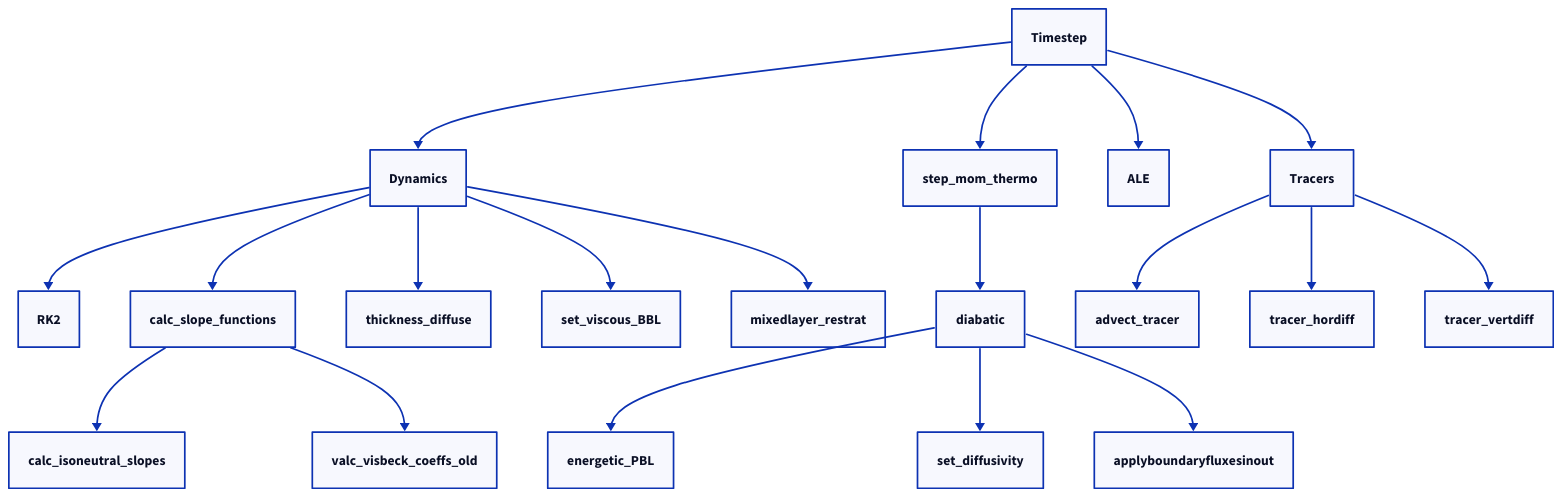
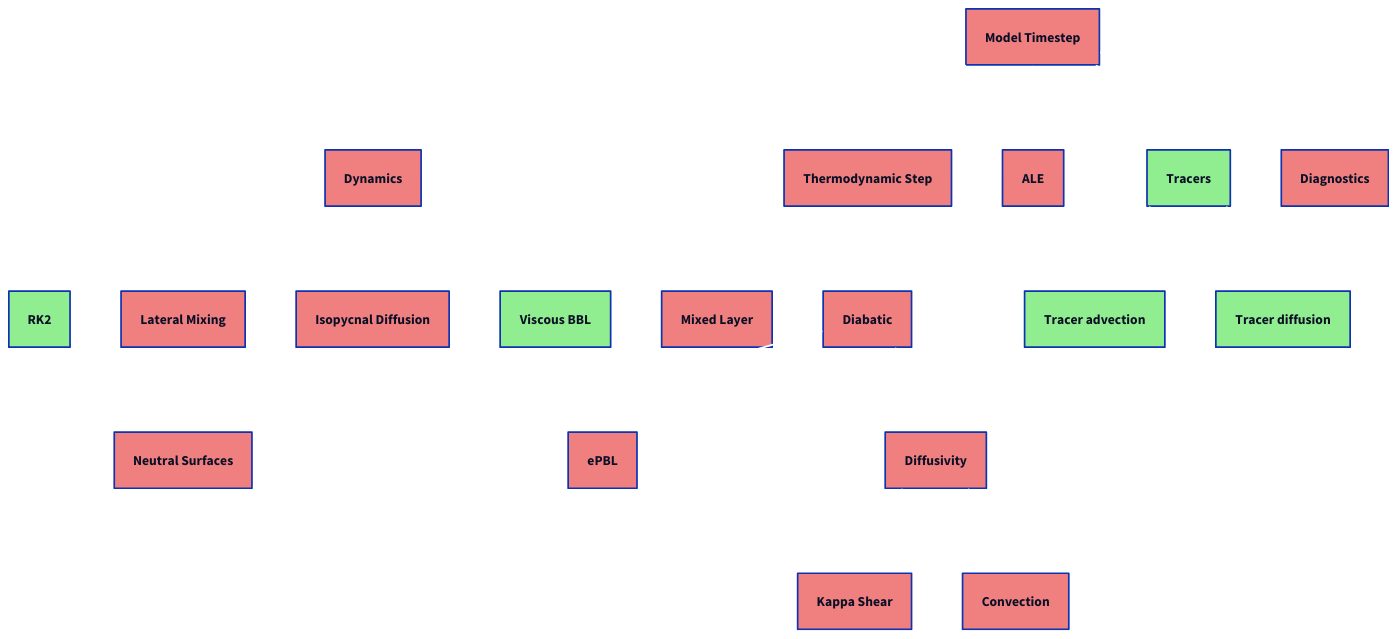
One commit to marshallward/openhackathon2026 changed the diagram in d2/mom6code.d2. Above: the diagram before and after it, drawn with D2. The commit also changed 4 other files, not shown here.

```diff
--- a/d2/mom6code.d2
+++ b/d2/mom6code.d2
@@ -1,52 +1,174 @@
 style.fill: transparent
 
 step_mom: {
-    label: Timestep
+    label: Model Timestep
+    style.fill: lightcoral
 }
 
-step_mom -> step_mom_dynamics
-step_mom -> step_mom_thermo
-step_mom -> ale_regridding_and_remapping
-step_mom -> step_mom_tracer_dyn
+step_mom -> step_mom_dynamics {
+    style.stroke: white
+}
+step_mom -> step_mom_thermo {
+    style.stroke: white
+}
+step_mom -> ale_regridding_and_remapping {
+    style.stroke: white
+}
+step_mom -> step_mom_tracer_dyn {
+    style.stroke: white
+}
+step_mom -> calculate_diagnostic_fields {
+    style.stroke: white
+}
 
 # Dycore
 
 step_mom_dynamics: {
     label: Dynamics
+    style.fill: lightcoral
 }
 
-step_mom_dynamics -> step_mom_dyn_split_RK2
-step_mom_dynamics -> calc_slope_functions
-step_mom_dynamics -> thickness_diffuse
-step_mom_dynamics -> set_viscous_BBL
-step_mom_dynamics -> mixedlayer_restrat
+step_mom_dynamics -> step_mom_dyn_split_RK2 {
+    style.stroke: white
+}
+step_mom_dynamics -> calc_slope_functions {
+    style.stroke: white
+}
+step_mom_dynamics -> thickness_diffuse {
+    style.stroke: white
+}
+step_mom_dynamics -> set_viscous_BBL {
+    style.stroke: white
+}
+step_mom_dynamics -> mixedlayer_restrat {
+    style.stroke: white
+}
 
 step_mom_dyn_split_RK2: {
     label: RK2
+    style.fill: lightgreen
 }
 
-calc_slope_functions -> calc_isoneutral_slopes
-calc_slope_functions -> valc_visbeck_coeffs_old
+# Lateral mixing coefficients
+
+calc_slope_functions: {
+    label: Lateral Mixing
+    style.fill: lightcoral
+}
+
+thickness_diffuse: {
+    label: Isopycnal Diffusion
+    style.fill: lightcoral
+}
+
+set_viscous_BBL: {
+    label: Viscous BBL
+    style.fill: lightgreen
+}
+
+mixedlayer_restrat: {
+    label: Mixed Layer
+    style.fill: lightcoral
+}
+
+
+calc_slope_functions -> calc_isoneutral_slopes {
+    style.stroke: white
+}
+#calc_slope_functions -> valc_visbeck_coeffs_old
+
+calc_isoneutral_slopes: {
+    label: Neutral Surfaces
+    style.fill: lightcoral
+}
+
 
 # Thermo
 
-step_mom_thermo -> diabatic
-diabatic -> energetic_PBL
-diabatic -> set_diffusivity
-diabatic -> applyboundaryfluxesinout
+step_mom_thermo: {
+    label: Thermodynamic Step
+    style.fill: lightcoral
+}
+
+step_mom_thermo -> diabatic {
+    style.stroke: white
+}
+diabatic -> energetic_pbl {
+    style.stroke: white
+}
+diabatic -> set_diffusivity {
+    style.stroke: white
+}
+#diabatic -> applyboundaryfluxesinout
+
+diabatic: {
+    label: Diabatic
+    style.fill: lightcoral
+}
+
+energetic_pbl: {
+    label: ePBL
+    style.fill: lightcoral
+}
+
+set_diffusivity: {
+    label: Diffusivity
+    style.fill: lightcoral
+}
+
+set_diffusivity -> kappa_shear_vertex {
+    style.stroke: white
+}
+set_diffusivity -> full_convection {
+    style.stroke: white
+}
+
+kappa_shear_vertex: {
+    label: Kappa Shear
+    style.fill: lightcoral
+}
+
+full_convection: {
+    label: Convection
+    style.fill: lightcoral
+}
+
 
 # ALE
 
 ale_regridding_and_remapping: {
     label: ALE
+    style.fill: lightcoral
 }
 
 # Tracers
 
 step_mom_tracer_dyn: {
     label: Tracers
+    style.fill: lightgreen
 }
 
-step_mom_tracer_dyn -> advect_tracer
-step_mom_tracer_dyn -> tracer_hordiff
-step_mom_tracer_dyn -> tracer_vertdiff
+step_mom_tracer_dyn -> tracer_advect {
+    style.stroke: white
+}
+step_mom_tracer_dyn -> tracer_hordiff {
+    style.stroke: white
+}
+#step_mom_tracer_dyn -> tracer_vertdiff
+
+tracer_advect: {
+    label: Tracer advection
+    style.fill: lightgreen
+}
+
+tracer_hordiff: {
+    label: Tracer diffusion
+    style.fill: lightgreen
+}
+
+# Diagnostics
+
+calculate_diagnostic_fields: {
+    label: Diagnostics
+    style.fill: lightcoral
+}
```
